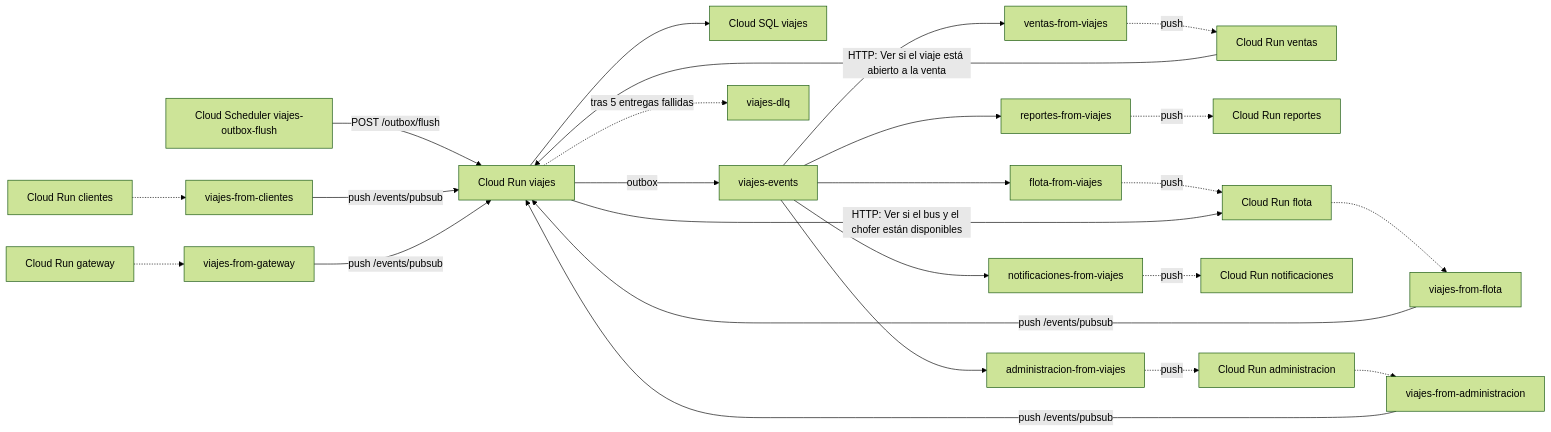
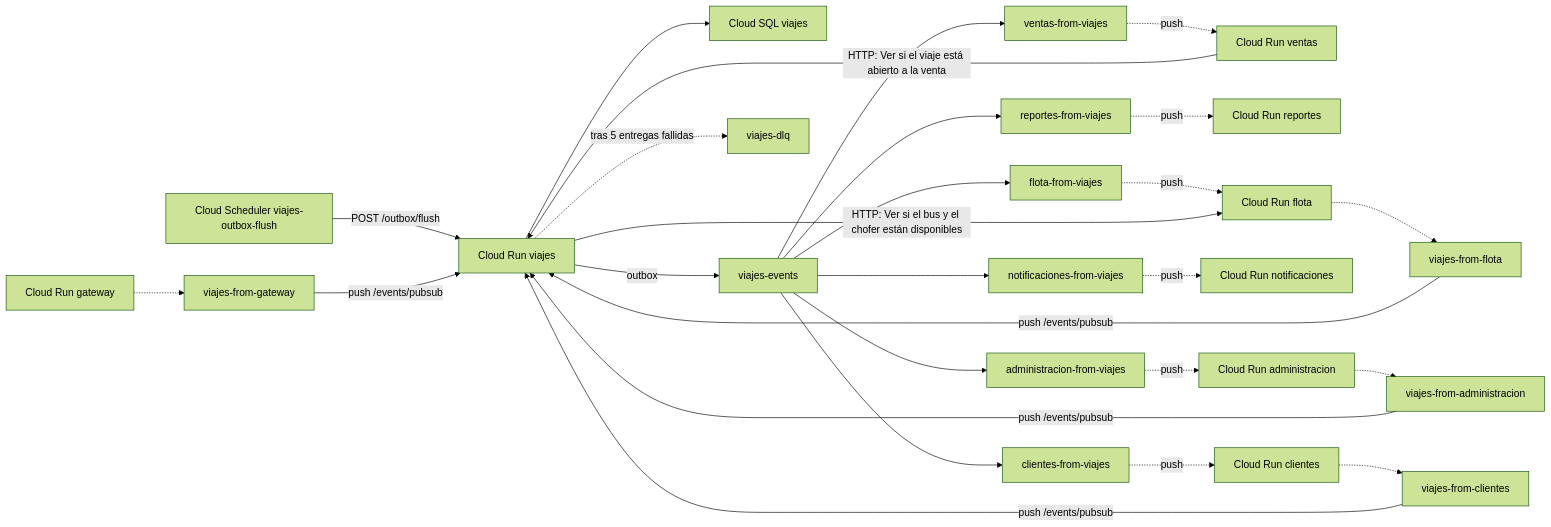
The third of 3 diagrams in docs/viajes/README.md (JeffMenca/debus), drawn with Mermaid (forest theme) before and after one commit. The commit also changed other lines of this file and 119 other files, not shown here.

````diff
--- a/docs/viajes/README.md
+++ b/docs/viajes/README.md
@@ -177,27 +178,29 @@
 ```mermaid
 flowchart LR
   n_viajes["Cloud Run viajes"] --> n_db_viajes["Cloud SQL viajes"]
   n_job_viajes["Cloud Scheduler viajes-outbox-flush"] -->|POST /outbox/flush| n_viajes
   n_viajes -->|outbox| n_topic_viajes["viajes-events"]
   n_topic_viajes --> n_ventas_from_viajes["ventas-from-viajes"]
   n_ventas_from_viajes -.->|push| n_ventas["Cloud Run ventas"]
   n_topic_viajes --> n_reportes_from_viajes["reportes-from-viajes"]
   n_reportes_from_viajes -.->|push| n_reportes["Cloud Run reportes"]
   n_topic_viajes --> n_flota_from_viajes["flota-from-viajes"]
   n_flota_from_viajes -.->|push| n_flota["Cloud Run flota"]
   n_topic_viajes --> n_notificaciones_from_viajes["notificaciones-from-viajes"]
   n_notificaciones_from_viajes -.->|push| n_notificaciones["Cloud Run notificaciones"]
   n_topic_viajes --> n_administracion_from_viajes["administracion-from-viajes"]
   n_administracion_from_viajes -.->|push| n_administracion["Cloud Run administracion"]
+  n_topic_viajes --> n_clientes_from_viajes["clientes-from-viajes"]
+  n_clientes_from_viajes -.->|push| n_clientes["Cloud Run clientes"]
   n_administracion -.-> n_viajes_from_administracion["viajes-from-administracion"]
   n_viajes_from_administracion -->|push /events/pubsub| n_viajes
   n_flota -.-> n_viajes_from_flota["viajes-from-flota"]
   n_viajes_from_flota -->|push /events/pubsub| n_viajes
-  n_clientes["Cloud Run clientes"] -.-> n_viajes_from_clientes["viajes-from-clientes"]
+  n_clientes -.-> n_viajes_from_clientes["viajes-from-clientes"]
   n_viajes_from_clientes -->|push /events/pubsub| n_viajes
   n_gateway["Cloud Run gateway"] -.-> n_viajes_from_gateway["viajes-from-gateway"]
   n_viajes_from_gateway -->|push /events/pubsub| n_viajes
   n_viajes -.->|tras 5 entregas fallidas| n_dlq_viajes["viajes-dlq"]
   n_ventas -->|"HTTP: Ver si el viaje está abierto a la venta"| n_viajes
   n_viajes -->|"HTTP: Ver si el bus y el chofer están disponibles"| n_flota
 ```
````
